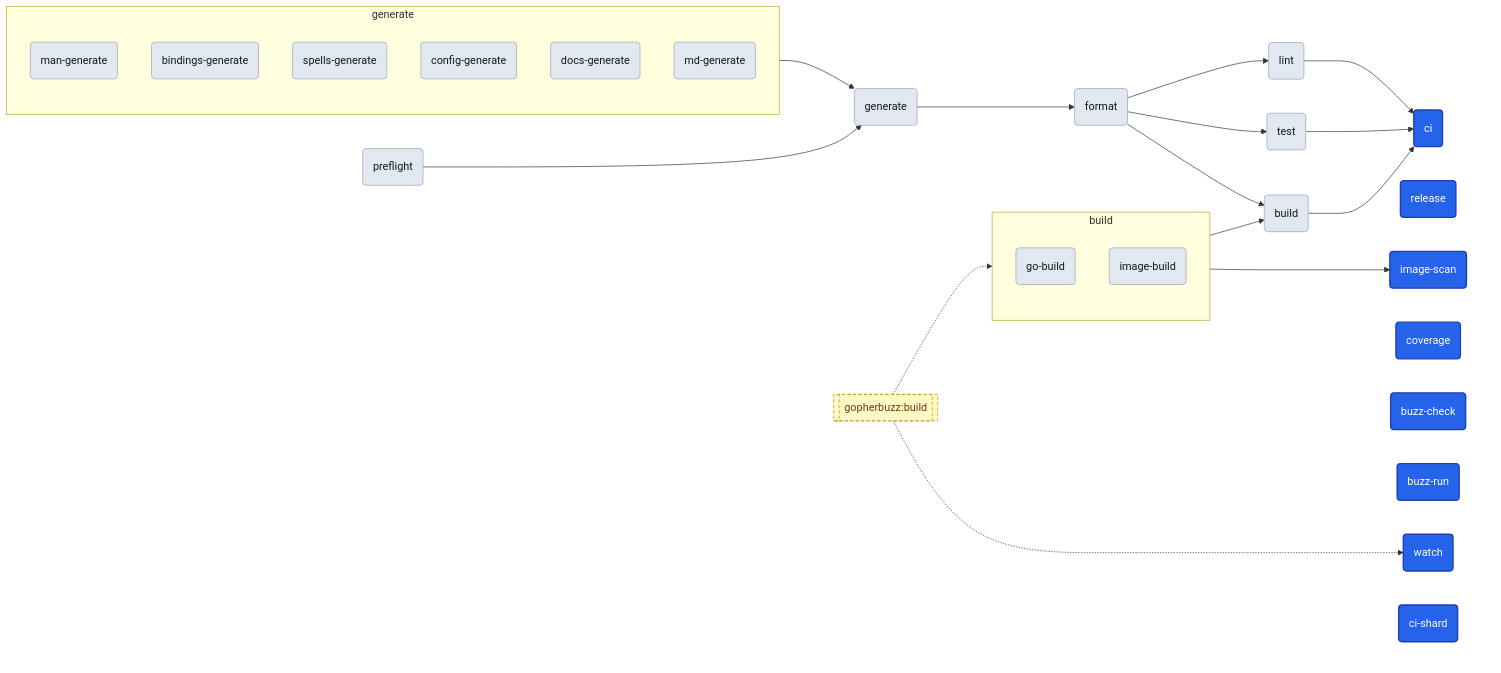
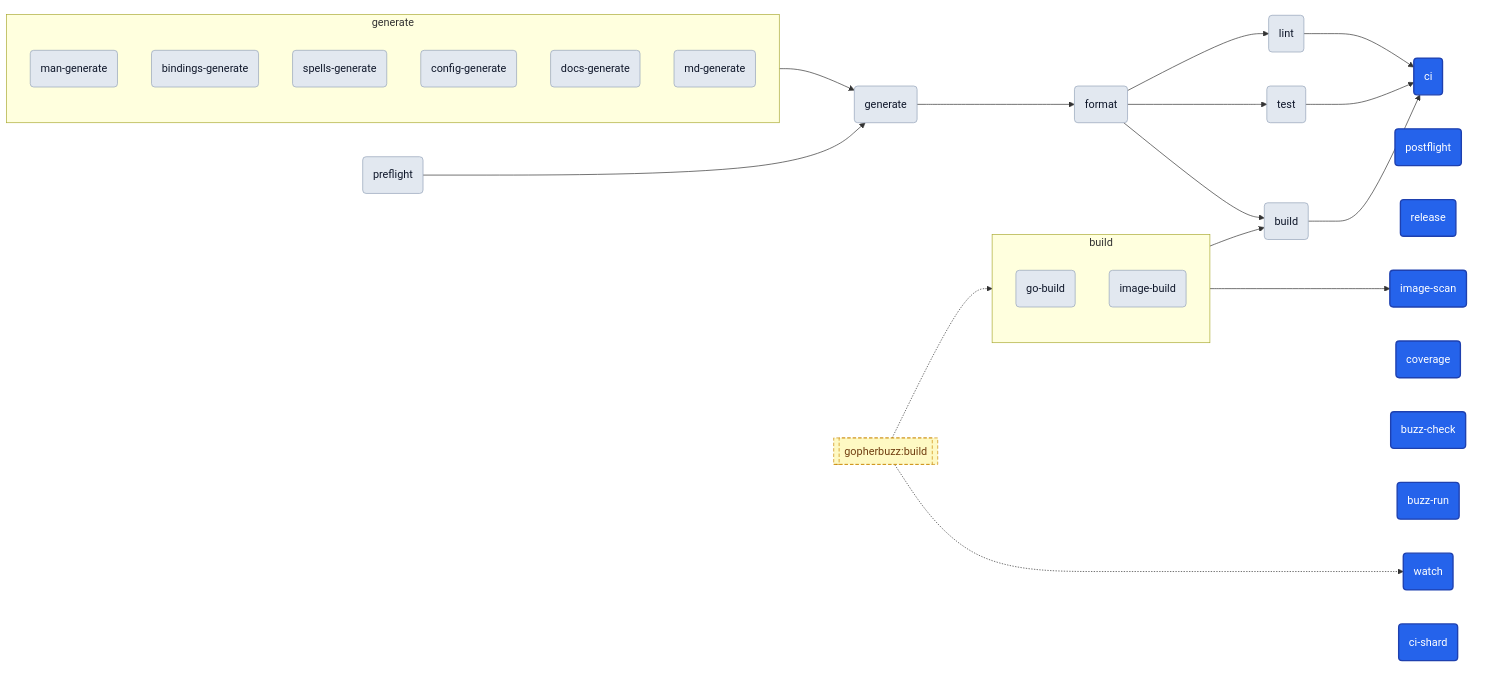
Before and after one commit to egladman/magus: the second of 7 diagrams in MAGUS.md, drawn with Mermaid. The commit also changed other lines of this file and 99 other files, not shown here.

````diff
--- a/MAGUS.md
+++ b/MAGUS.md
@@ -58,58 +58,59 @@
 ```mermaid
 ---
 config:
   flowchart:
     nodeSpacing: 50
     rankSpacing: 80
 ---
 graph LR
   subgraph stage_build["build"]
     go_build("go-build")
     image_build("image-build")
   end
   subgraph stage_generate["generate"]
     man_generate("man-generate")
     bindings_generate("bindings-generate")
     spells_generate("spells-generate")
     config_generate("config-generate")
     docs_generate("docs-generate")
     md_generate("md-generate")
   end
   subgraph entry_cluster[" "]
     image_scan("image-scan")
+    postflight("postflight")
     release("release")
     watch("watch")
     coverage("coverage")
     buzz_check("buzz-check")
     buzz_run("buzz-run")
     ci("ci")
     ci_shard("ci-shard")
   end
   generate("generate")
   preflight("preflight")
   build("build")
   test("test")
   lint("lint")
   format("format")
   xt_gopherbuzz_build[["gopherbuzz:build"]]
   stage_build --> image_scan
   preflight --> generate
   stage_generate --> generate
   format --> build
   stage_build --> build
   format --> test
   format --> lint
   generate --> format
   lint --> ci
   build --> ci
   test --> ci
   xt_gopherbuzz_build -.-> stage_build
   xt_gopherbuzz_build -.-> watch
   classDef anchor fill:#2563eb,color:#ffffff,stroke:#1e40af,stroke-width:2px
   classDef target fill:#e2e8f0,color:#0f172a,stroke:#94a3b8
   classDef external fill:#fef9c3,color:#713f12,stroke:#ca8a04,stroke-dasharray:5 3
-  class buzz_check,buzz_run,ci,ci_shard,coverage,image_scan,release,watch anchor
+  class buzz_check,buzz_run,ci,ci_shard,coverage,image_scan,postflight,release,watch anchor
   class bindings_generate,build,config_generate,docs_generate,format,generate,go_build,image_build,lint,man_generate,md_generate,preflight,spells_generate,test target
   class xt_gopherbuzz_build external
   style entry_cluster fill:transparent,stroke:transparent
 ```
````
